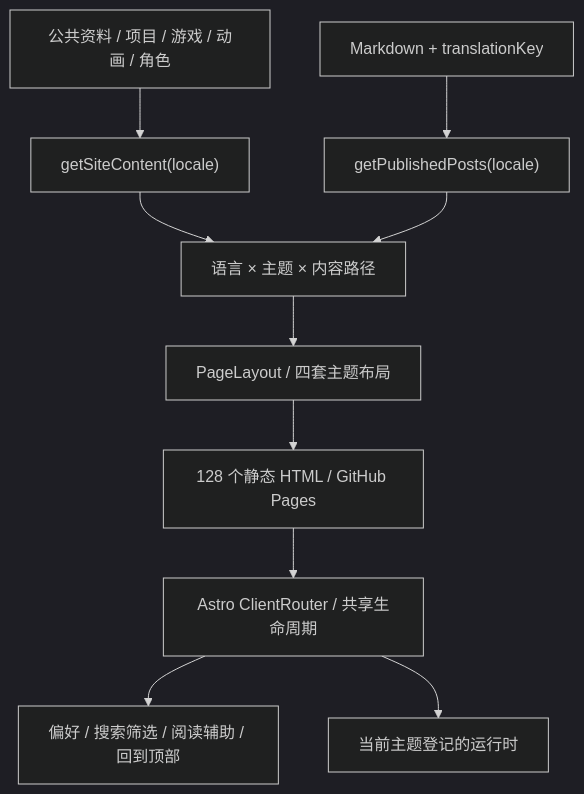
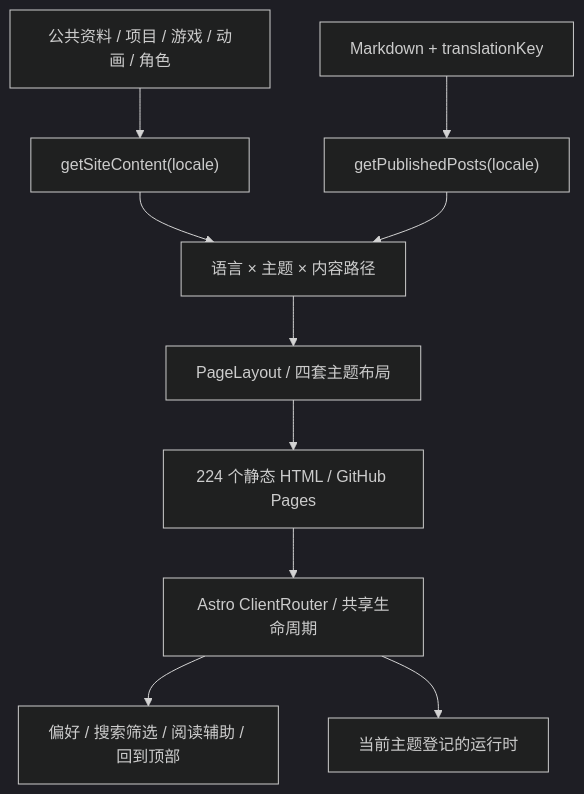
One commit to laozhej/laozhej.github.io changed the diagram in showcase/README.md. Above: the diagram before and after it, drawn with Mermaid (dark theme). The commit also changed other lines of this file and 73 other files, not shown here.

````diff
--- a/showcase/README.md
+++ b/showcase/README.md
@@ -43,12 +43,12 @@
 ```mermaid
 flowchart TB
     Data["公共资料 / 项目 / 游戏 / 动画 / 角色"] --> Content["getSiteContent(locale)"]
     Markdown["Markdown + translationKey"] --> Posts["getPublishedPosts(locale)"]
     Content --> Routes["语言 × 主题 × 内容路径"]
     Posts --> Routes
     Routes --> Layout["PageLayout / 四套主题布局"]
-    Layout --> HTML["128 个静态 HTML / GitHub Pages"]
+    Layout --> HTML["224 个静态 HTML / GitHub Pages"]
     HTML --> Navigation["Astro ClientRouter / 共享生命周期"]
     Navigation --> Features["偏好 / 搜索筛选 / 阅读辅助 / 回到顶部"]
     Navigation --> Runtime["当前主题登记的运行时"]
 ```
````
